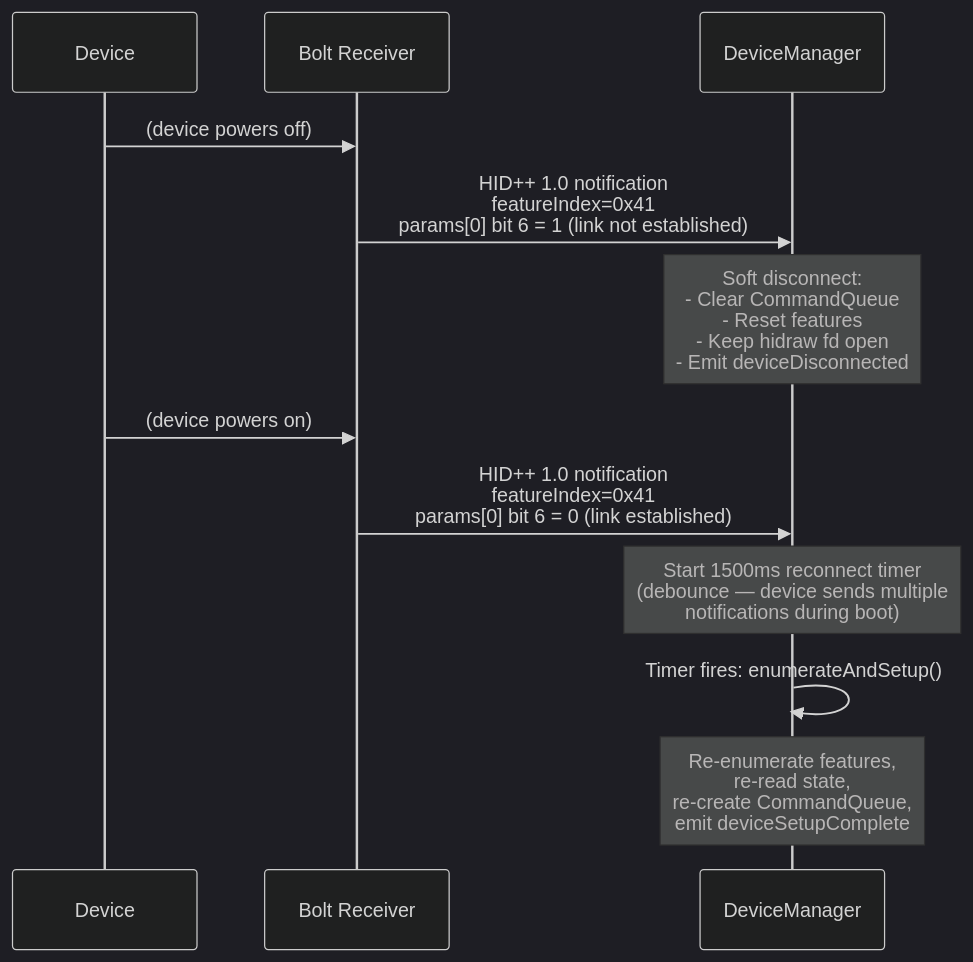
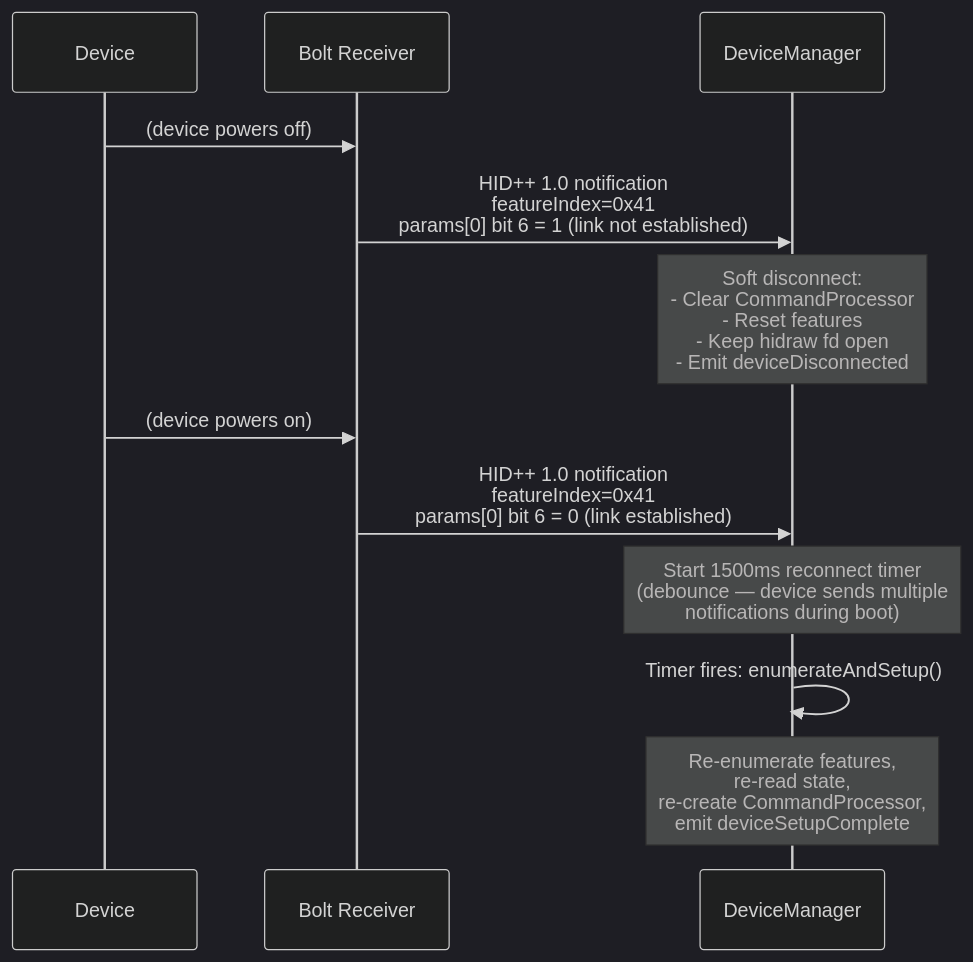
Diagram 14 of 15 in docs/wiki/Architecture.md (mmaher88/logitune), drawn with Mermaid (dark theme) before and after one commit. The commit also changed other lines of this file and 58 other files, not shown here.

First line of the commit message:
Refactor: extract behavior from AppController, rename to AppRoot, polish class naming, rewrite architecture wiki (closes #107) (#108)

````diff
--- a/docs/wiki/Architecture.md
+++ b/docs/wiki/Architecture.md
@@ -690,19 +1106,19 @@
 ```mermaid
 sequenceDiagram
     participant Dev as Device
     participant Recv as Bolt Receiver
     participant DMgr as DeviceManager
 
     Dev->>Recv: (device powers off)
     Recv->>DMgr: HID++ 1.0 notification<br/>featureIndex=0x41<br/>params[0] bit 6 = 1 (link not established)
     
-    Note over DMgr: Soft disconnect:<br/>- Clear CommandQueue<br/>- Reset features<br/>- Keep hidraw fd open<br/>- Emit deviceDisconnected
+    Note over DMgr: Soft disconnect:<br/>- Clear CommandProcessor<br/>- Reset features<br/>- Keep hidraw fd open<br/>- Emit deviceDisconnected
 
     Dev->>Recv: (device powers on)
     Recv->>DMgr: HID++ 1.0 notification<br/>featureIndex=0x41<br/>params[0] bit 6 = 0 (link established)
     
     Note over DMgr: Start 1500ms reconnect timer<br/>(debounce — device sends multiple<br/>notifications during boot)
     
     DMgr->>DMgr: Timer fires: enumerateAndSetup()
-    Note over DMgr: Re-enumerate features,<br/>re-read state,<br/>re-create CommandQueue,<br/>emit deviceSetupComplete
+    Note over DMgr: Re-enumerate features,<br/>re-read state,<br/>re-create CommandProcessor,<br/>emit deviceSetupComplete
 ```
````
